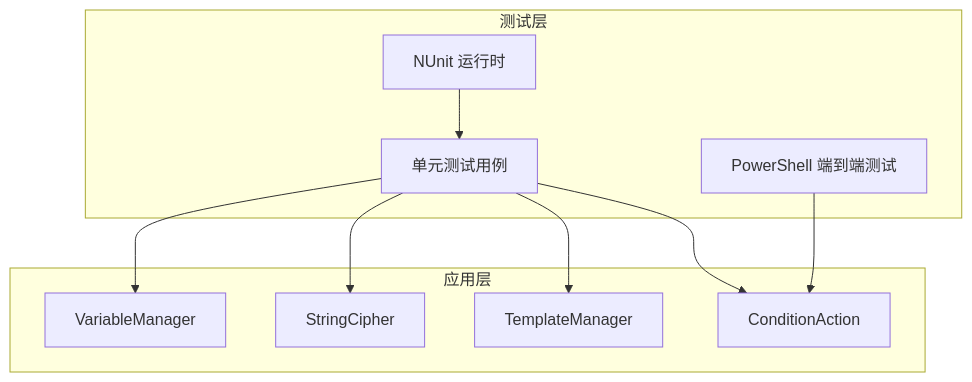
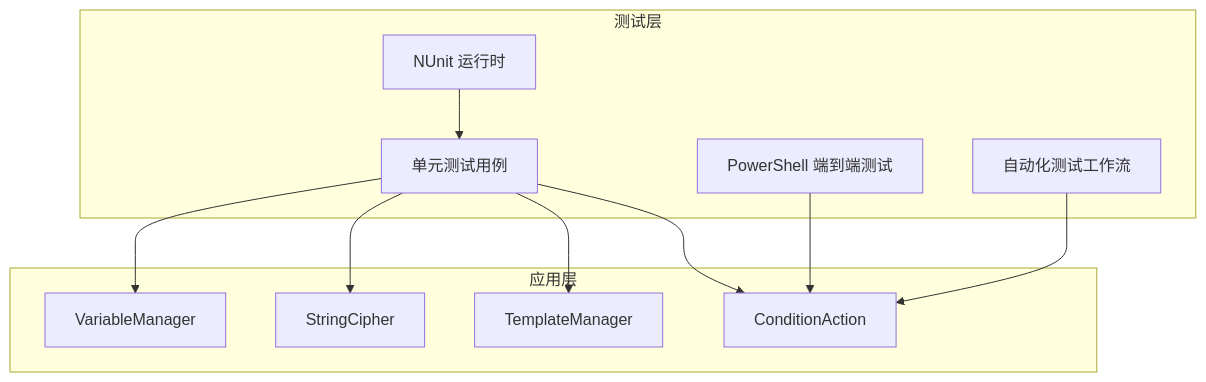
Before and after one commit to tea4go/Macro-Deck: the second of 9 diagrams in .qoder/repowiki/zh/content/测试框架.md, drawn with Mermaid. The commit also changed other lines of this file and 146 other files, not shown here.

````diff
--- a/.qoder/repowiki/zh/content/测试框架.md
+++ b/.qoder/repowiki/zh/content/测试框架.md
@@ -117,20 +130,22 @@
 ```mermaid
 graph TB
 subgraph "测试层"
 Nunit["NUnit 运行时"]
 TestCases["单元测试用例"]
 PS["PowerShell 端到端测试"]
+AutoTest["自动化测试工作流"]
 end
 subgraph "应用层"
 VarMgr["VariableManager"]
 StrCipher["StringCipher"]
 TplMgr["TemplateManager"]
 CondAct["ConditionAction"]
 end
 Nunit --> TestCases
 TestCases --> VarMgr
 TestCases --> StrCipher
 TestCases --> TplMgr
 TestCases --> CondAct
 PS --> CondAct
+AutoTest --> CondAct
 ```
````
